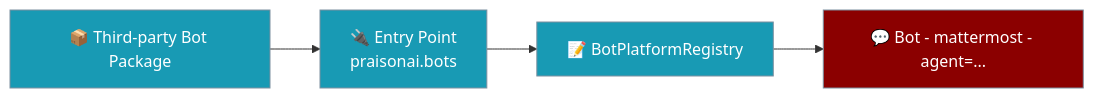
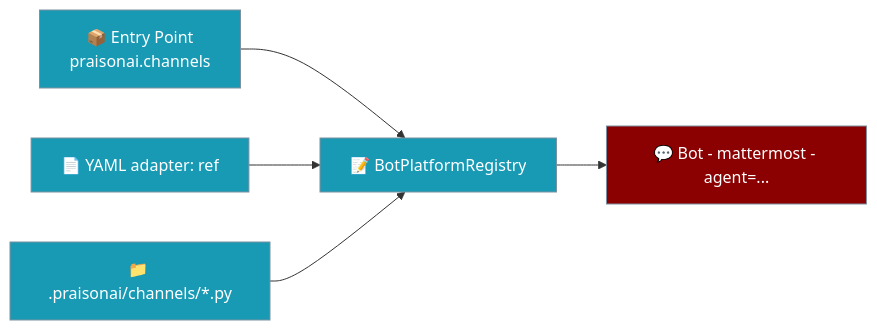
Before and after one commit to MervinPraison/PraisonAIDocs: the first of 5 diagrams in docs/features/bot-platform-plugins.mdx, drawn with Mermaid. The commit also changed other lines of this file and 4 other files, not shown here.

````diff
--- a/docs/features/bot-platform-plugins.mdx
+++ b/docs/features/bot-platform-plugins.mdx
@@ -27,12 +27,13 @@
 ```mermaid
 graph LR
-    A[📦 Third-party Bot Package] --> B[🔌 Entry Point<br/>praisonai.bots]
-    B --> C[📝 BotPlatformRegistry]
+    A[📦 Entry Point<br/>praisonai.channels] --> C[📝 BotPlatformRegistry]
+    Y[📄 YAML adapter: ref] --> C
+    F[📁 .praisonai/channels/*.py] --> C
     C --> D[💬 Bot - mattermost - agent=...]
 
     classDef agent fill:#8B0000,stroke:#7C90A0,color:#fff
     classDef tool fill:#189AB4,stroke:#7C90A0,color:#fff
 
     class D agent
-    class A,B,C tool
+    class A,Y,F,C tool
 ```
````
